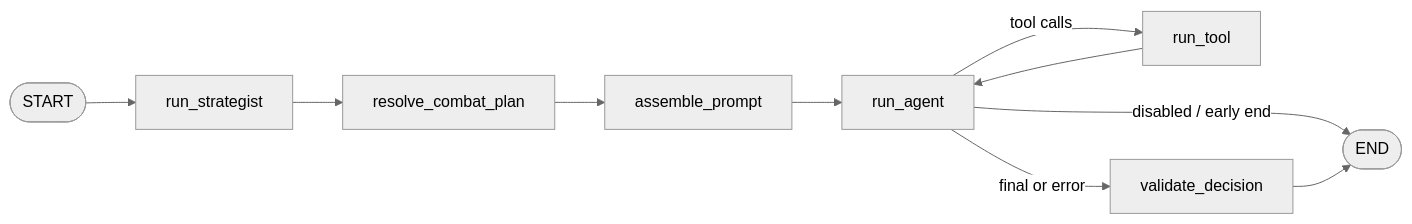
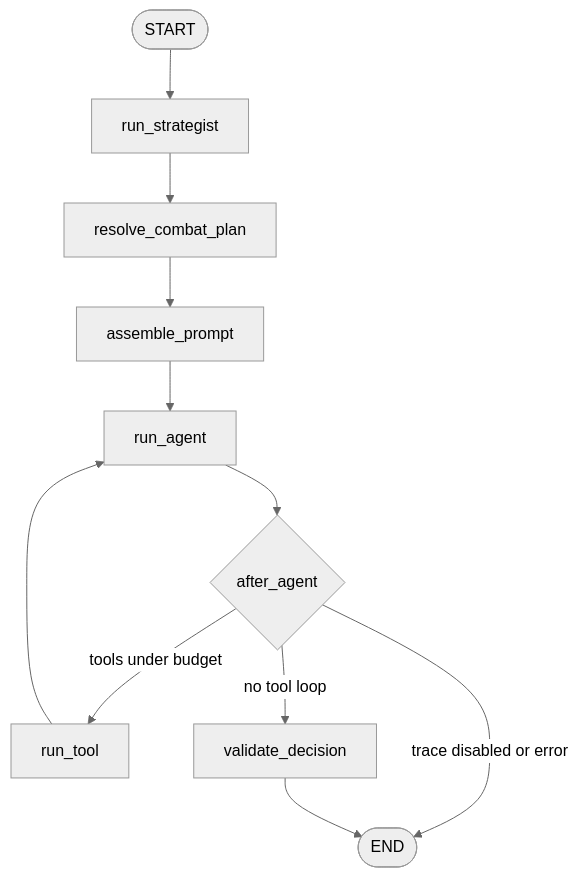
Before and after one commit to Minhao-Zhang/slay_the_spire_agent: the first of 3 diagrams in ARCHITECTURE.md, drawn with Mermaid (neutral theme). The commit also changed other lines of this file and 2 other files, not shown here.

First line of the commit message:
docs: align architecture and diagram docs with current system

````diff
--- a/ARCHITECTURE.md
+++ b/ARCHITECTURE.md
@@ -46,12 +48,13 @@
 ```mermaid
-flowchart LR
+flowchart TB
   START([START]) --> S[run_strategist]
   S --> P[resolve_combat_plan]
   P --> A[assemble_prompt]
   A --> R[run_agent]
-  R -->|tool calls| T[run_tool]
+  R --> D{after_agent}
+  D -->|tools under budget| T[run_tool]
   T --> R
-  R -->|final or error| V[validate_decision]
-  R -->|disabled / early end| END([END])
+  D -->|trace disabled or error| END([END])
+  D -->|no tool loop| V[validate_decision]
   V --> END
 ```
````
